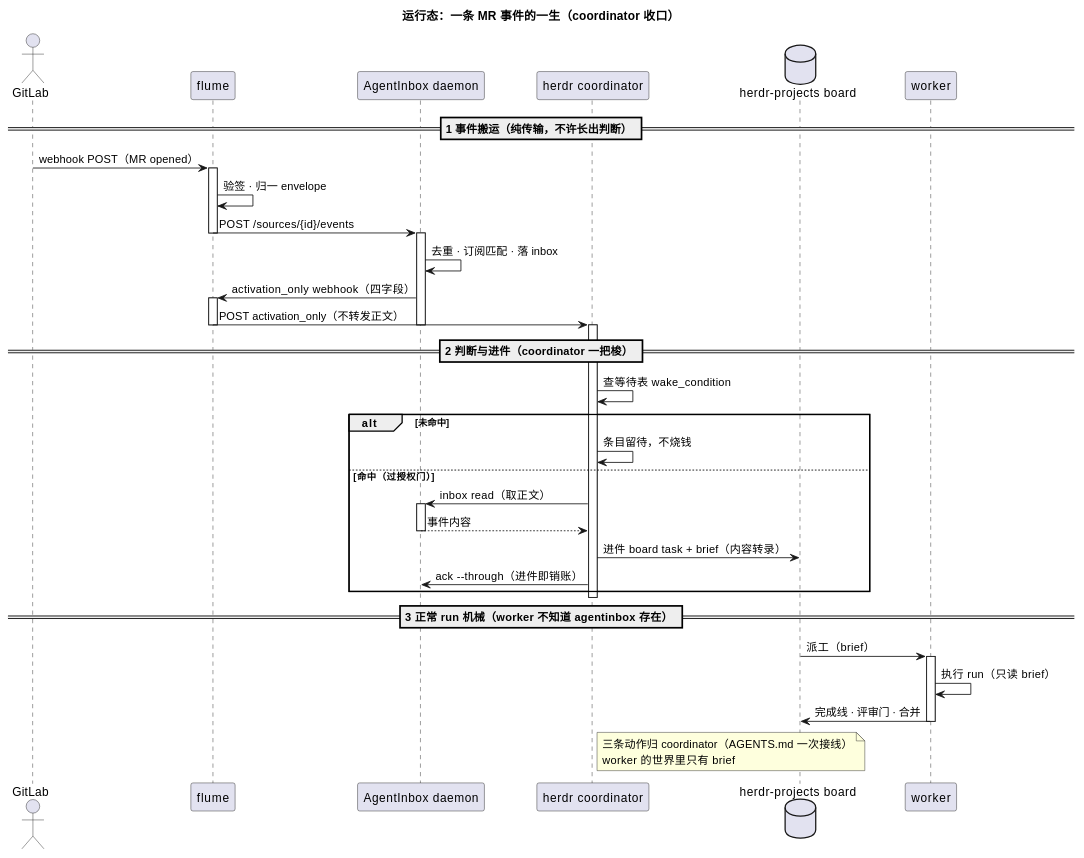
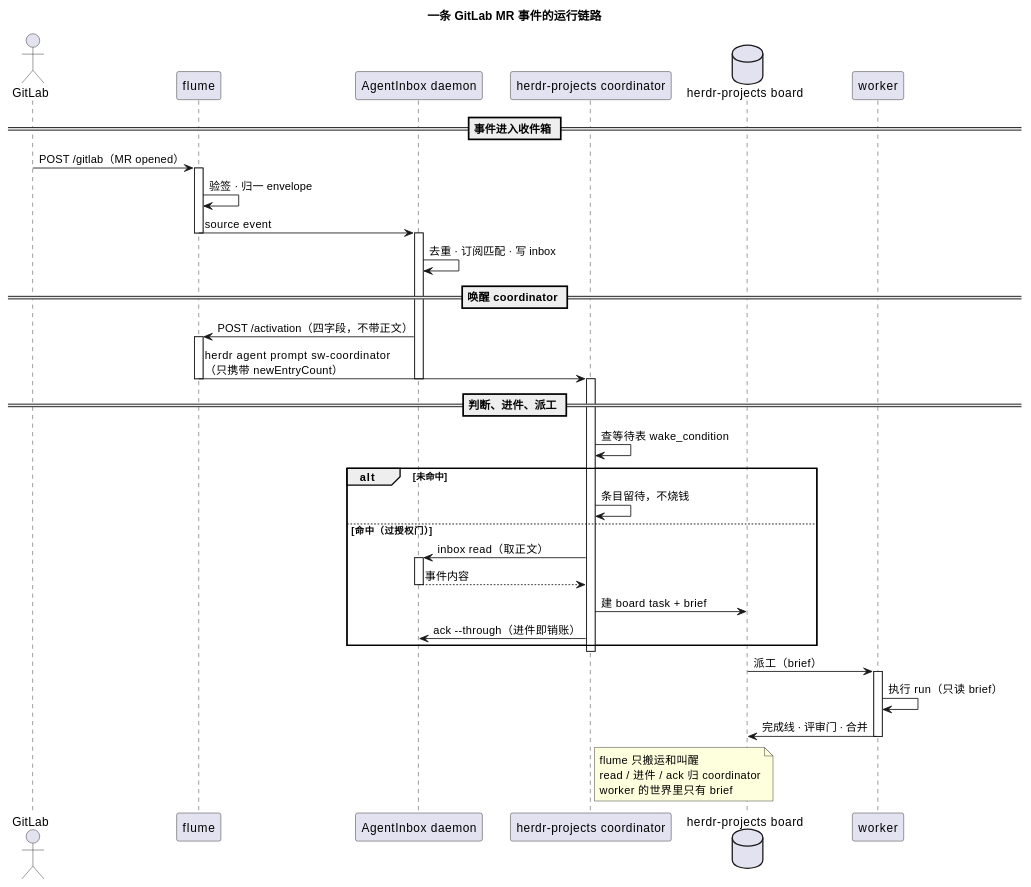
The diagram in docs/USAGE.md (iodone/flume), drawn with PlantUML before and after one commit. The commit also changed other lines of this file and 5 other files, not shown here.

Commit message:
docs: 对齐单脚本启动与 herdr coordinator

````diff
--- a/docs/USAGE.md
+++ b/docs/USAGE.md
@@ -693,57 +187,56 @@
 ```plantuml
 @startuml
-title 运行态：一条 MR 事件的一生（coordinator 收口）
+title 一条 GitLab MR 事件的运行链路
 
-actor       "GitLab"                as GL
-participant "flume"                 as FL
-participant "AgentInbox daemon"     as AI
-participant "herdr coordinator"     as CO
-database    "herdr-projects board"  as BD
-participant "worker"                as WK
+actor       "GitLab"                      as GL
+participant "flume"                       as FL
+participant "AgentInbox daemon"           as AI
+participant "herdr-projects coordinator"  as CO
+database    "herdr-projects board"        as BD
+participant "worker"                      as WK
 
-== 1 事件搬运（纯传输，不许长出判断） ==
-
-GL -> FL : webhook POST（MR opened）
+== 事件进入收件箱 ==
+GL -> FL : POST /gitlab（MR opened）
 activate FL
 FL -> FL : 验签 · 归一 envelope
-FL -> AI : POST /sources/{id}/events
+FL -> AI : source event
 deactivate FL
 activate AI
-AI -> AI : 去重 · 订阅匹配 · 落 inbox
-AI -> FL : activation_only webhook（四字段）
+AI -> AI : 去重 · 订阅匹配 · 写 inbox
+
+== 唤醒 coordinator ==
+AI -> FL : POST /activation（四字段，不带正文）
 activate FL
-FL -> CO : POST activation_only（不转发正文）
+FL -> CO : herdr agent prompt sw-coordinator\n（只携带 newEntryCount）
 deactivate FL
 deactivate AI
 
-== 2 判断与进件（coordinator 一把梭） ==
-
+== 判断、进件、派工 ==
 activate CO
 CO -> CO : 查等待表 wake_condition
 alt 未命中
   CO -> CO : 条目留待，不烧钱
 else 命中（过授权门）
   CO -> AI : inbox read（取正文）
   activate AI
   AI --> CO : 事件内容
   deactivate AI
-  CO -> BD : 进件 board task + brief（内容转录）
+  CO -> BD : 建 board task + brief
   CO -> AI : ack --through（进件即销账）
 end
 deactivate CO
-
-== 3 正常 run 机械（worker 不知道 agentinbox 存在） ==
 
 BD -> WK : 派工（brief）
 activate WK
 WK -> WK : 执行 run（只读 brief）
 WK -> BD : 完成线 · 评审门 · 合并
 deactivate WK
 
 note right of CO
-  三条动作归 coordinator（AGENTS.md 一次接线）
+  flume 只搬运和叫醒
+  read / 进件 / ack 归 coordinator
   worker 的世界里只有 brief
 end note
 
 @enduml
 ```
````
